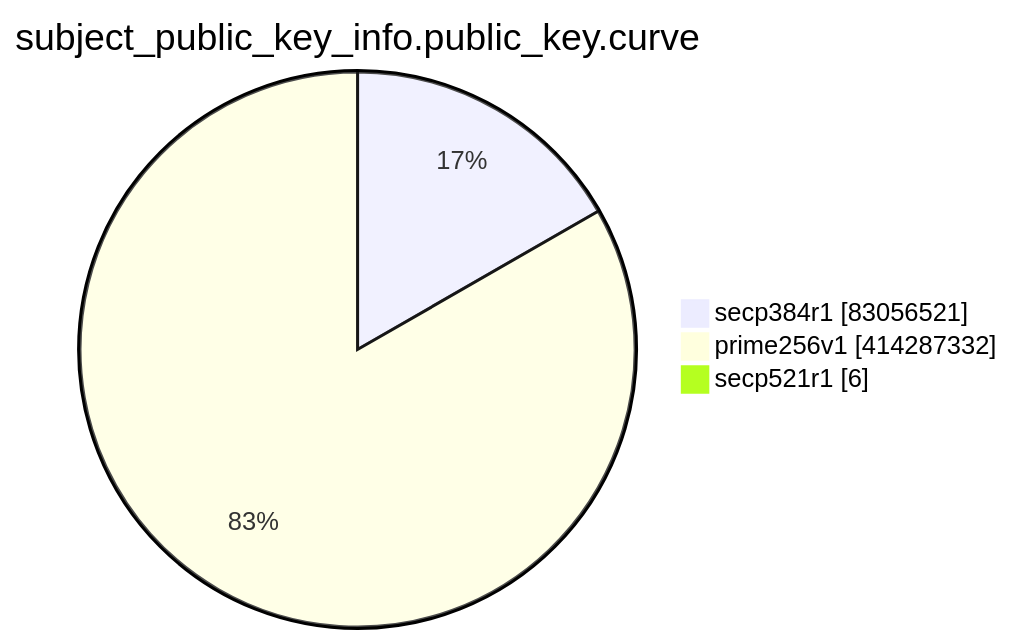
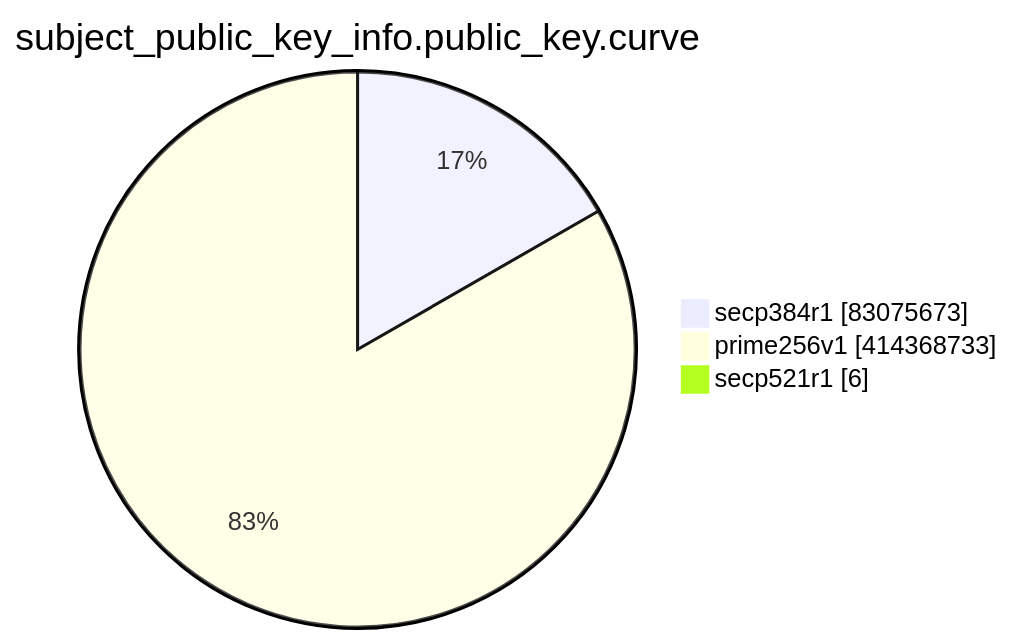
The eighth of 15 diagrams in TOTAL/README.md (christiankrug/ctmonitor_visualization), drawn with Mermaid before and after one commit. The commit also changed other lines of this file, not shown here.

````diff
--- a/TOTAL/README.md
+++ b/TOTAL/README.md
@@ -3098,7 +3098,7 @@
 ```mermaid
 pie showData
 title subject_public_key_info.public_key.curve
-"secp384r1" :83056521
-"prime256v1" :414287332
+"secp384r1" :83075673
+"prime256v1" :414368733
 "secp521r1" :6
 ```
````
